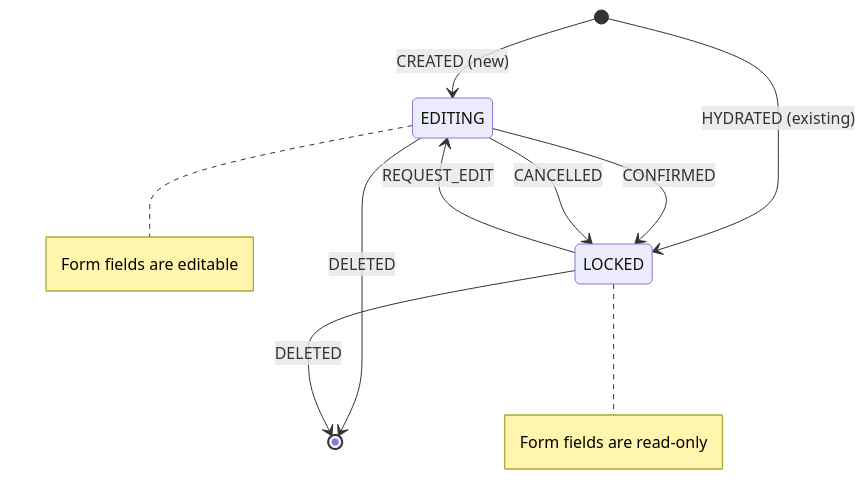
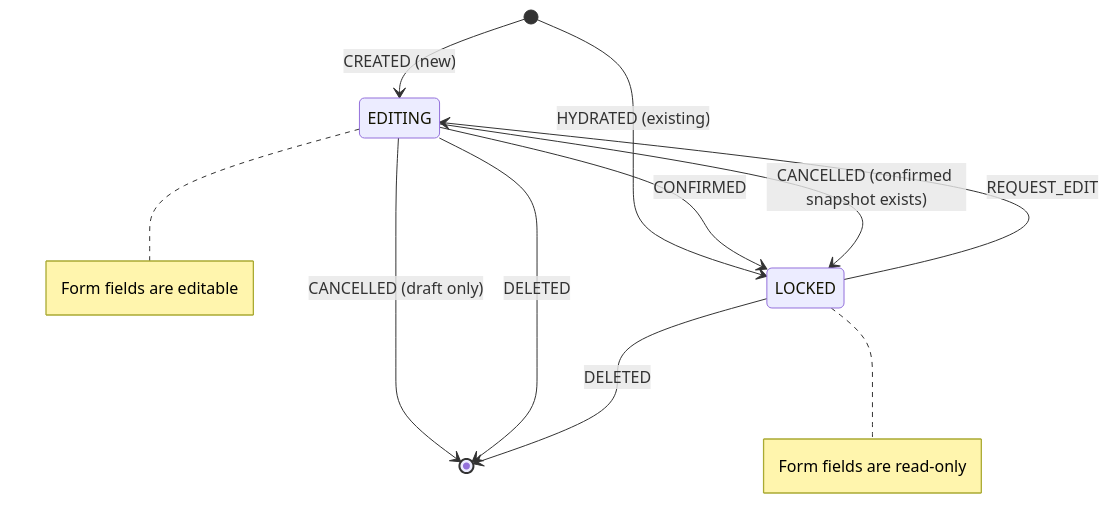
One commit to huang-xiao-jian/themis changed the second of 4 diagrams in specs/core/application.md. Above: the diagram before and after it, drawn with Mermaid. The commit also changed other lines of this file and 3 other files, not shown here.

````diff
--- a/specs/core/application.md
+++ b/specs/core/application.md
@@ -183,15 +183,16 @@
 ```mermaid
 stateDiagram-v2
   [*] --> EDITING : CREATED (new)
   [*] --> LOCKED : HYDRATED (existing)
 
   LOCKED --> EDITING : REQUEST_EDIT
   EDITING --> LOCKED : CONFIRMED
-  EDITING --> LOCKED : CANCELLED
+  EDITING --> LOCKED : CANCELLED (confirmed snapshot exists)
+  EDITING --> [*] : CANCELLED (draft only)
 
   EDITING --> [*] : DELETED
   LOCKED --> [*] : DELETED
 
   note right of LOCKED : Form fields are read-only
   note right of EDITING : Form fields are editable
 ```
````
